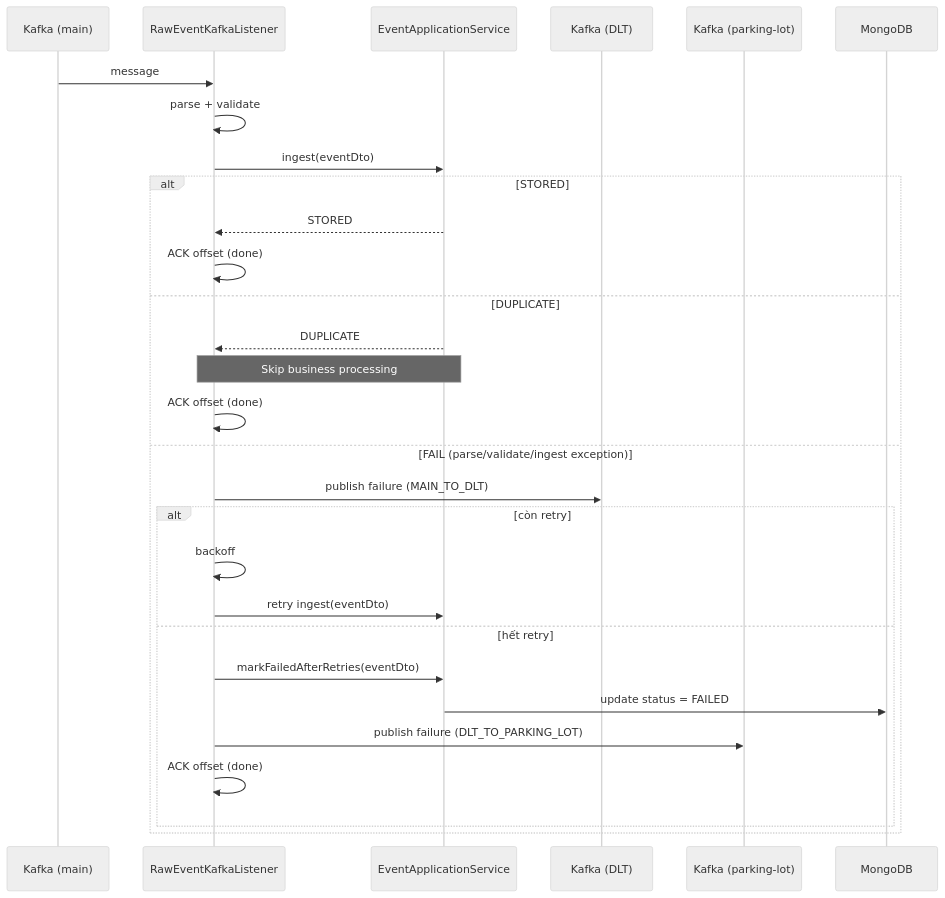
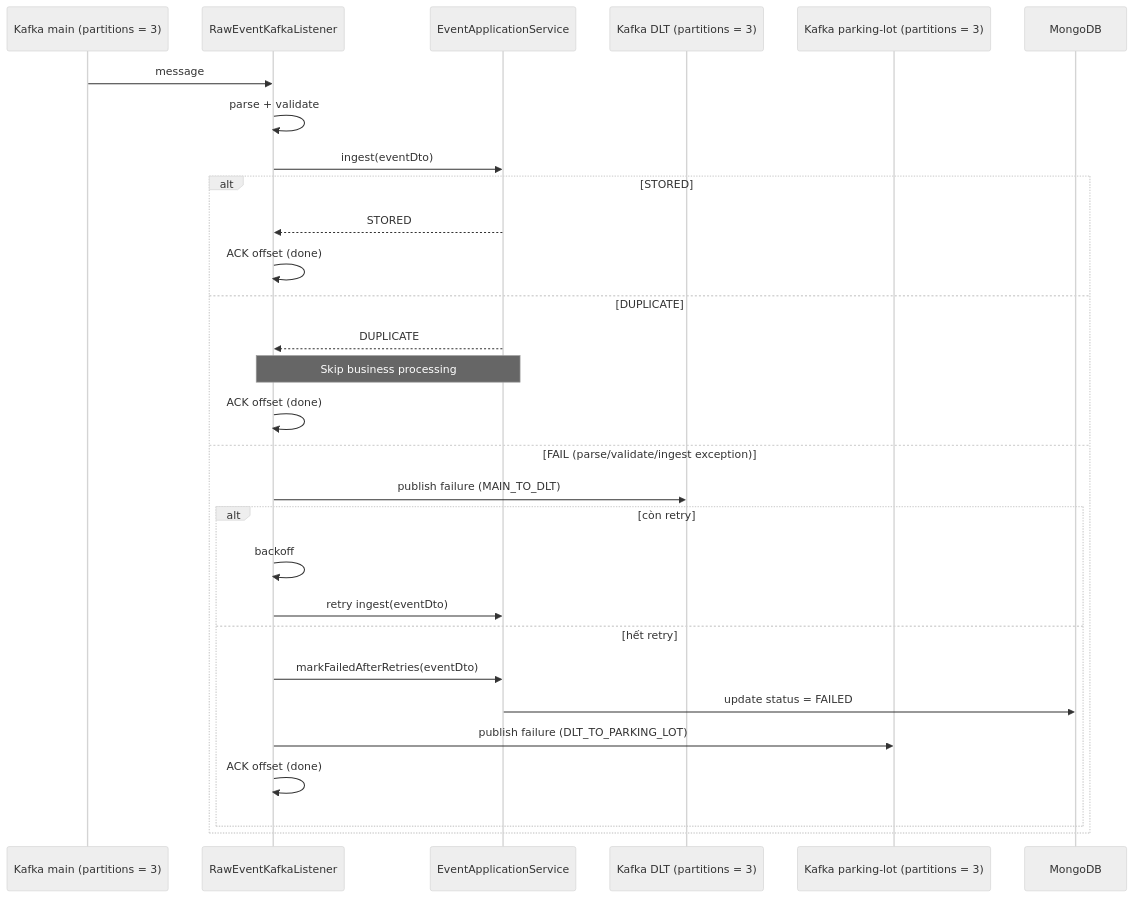
Before and after one commit to nguyentrongvy151995/data-hub: the third of 3 diagrams in README.md, drawn with Mermaid (neutral theme). The commit also changed other lines of this file, not shown here.

````diff
--- a/README.md
+++ b/README.md
@@ -87,34 +87,34 @@
 ```mermaid
 sequenceDiagram
-    participant K as Kafka (main)
+    participant K as Kafka main (partitions = 3)
     participant L as RawEventKafkaListener
     participant S as EventApplicationService
-    participant D as Kafka (DLT)
-    participant P as Kafka (parking-lot)
+    participant D as Kafka DLT (partitions = 3)
+    participant P as Kafka parking-lot (partitions = 3)
     participant DB as MongoDB
 
     K->>L: message
     L->>L: parse + validate
     L->>S: ingest(eventDto)
 
     alt STORED
         S-->>L: STORED
         L->>L: ACK offset (done)
     else DUPLICATE
         S-->>L: DUPLICATE
         Note over L,S: Skip business processing
         L->>L: ACK offset (done)
     else FAIL (parse/validate/ingest exception)
         L->>D: publish failure (MAIN_TO_DLT)
         alt còn retry
             L->>L: backoff
             L->>S: retry ingest(eventDto)
         else hết retry
             L->>S: markFailedAfterRetries(eventDto)
             S->>DB: update status = FAILED
             L->>P: publish failure (DLT_TO_PARKING_LOT)
             L->>L: ACK offset (done)
         end
     end
 
 ```
````
